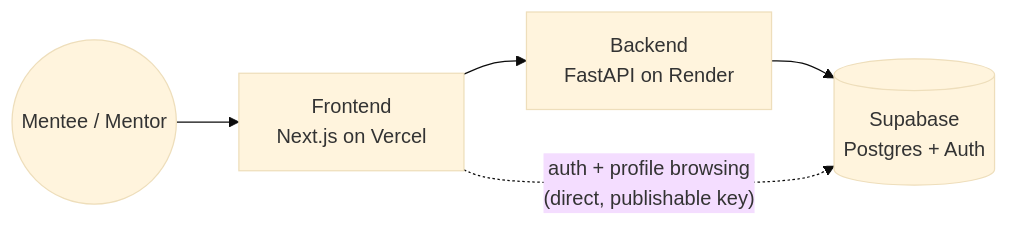
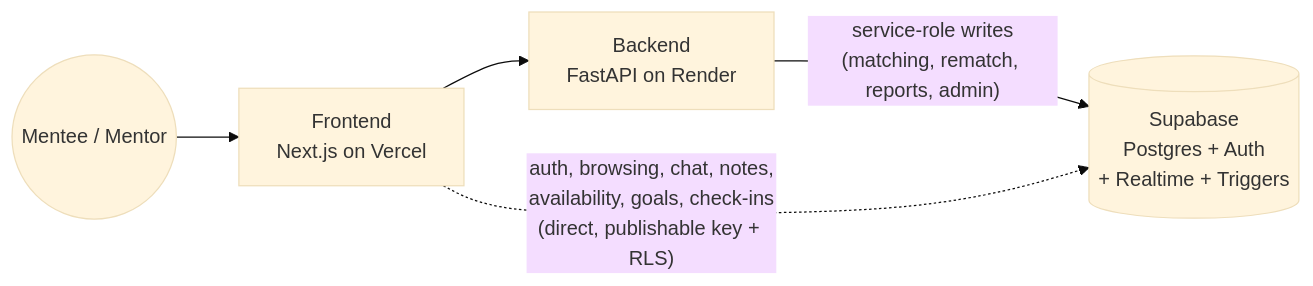
The diagram in README.md (Bhakti864653/concord), drawn with Mermaid (base theme) before and after one commit. The commit also changed other lines of this file and 1 other file, not shown here.

````diff
--- a/README.md
+++ b/README.md
@@ -26,12 +41,12 @@
 ```mermaid
 graph LR
     User(("Mentee / Mentor"))
     Frontend["Frontend<br/>Next.js on Vercel"]
     Backend["Backend<br/>FastAPI on Render"]
-    Supabase[("Supabase<br/>Postgres + Auth")]
+    Supabase[("Supabase<br/>Postgres + Auth<br/>+ Realtime + Triggers")]
 
     User --> Frontend
     Frontend --> Backend
-    Backend --> Supabase
-    Frontend -. "auth + profile browsing<br/>(direct, publishable key)" .-> Supabase
+    Backend -- "service-role writes<br/>(matching, rematch, reports, admin)" --> Supabase
+    Frontend -. "auth, browsing, chat, notes,<br/>availability, goals, check-ins<br/>(direct, publishable key + RLS)" .-> Supabase
 ```
````
